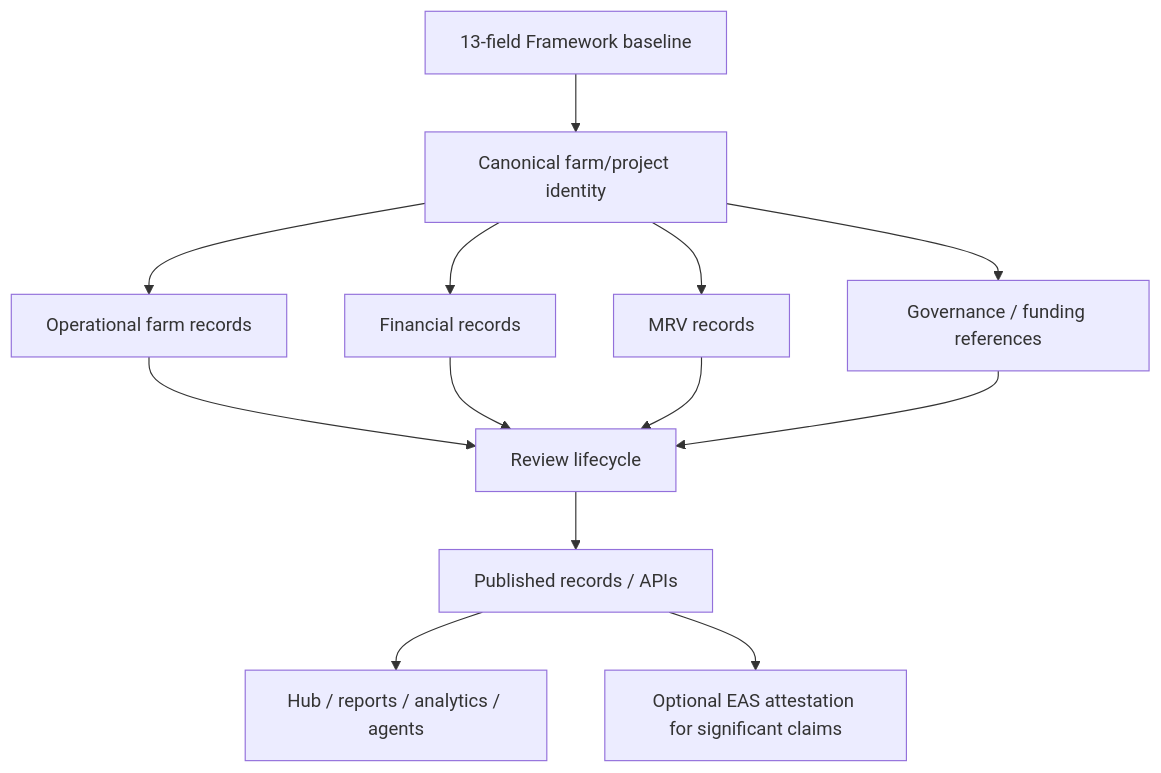
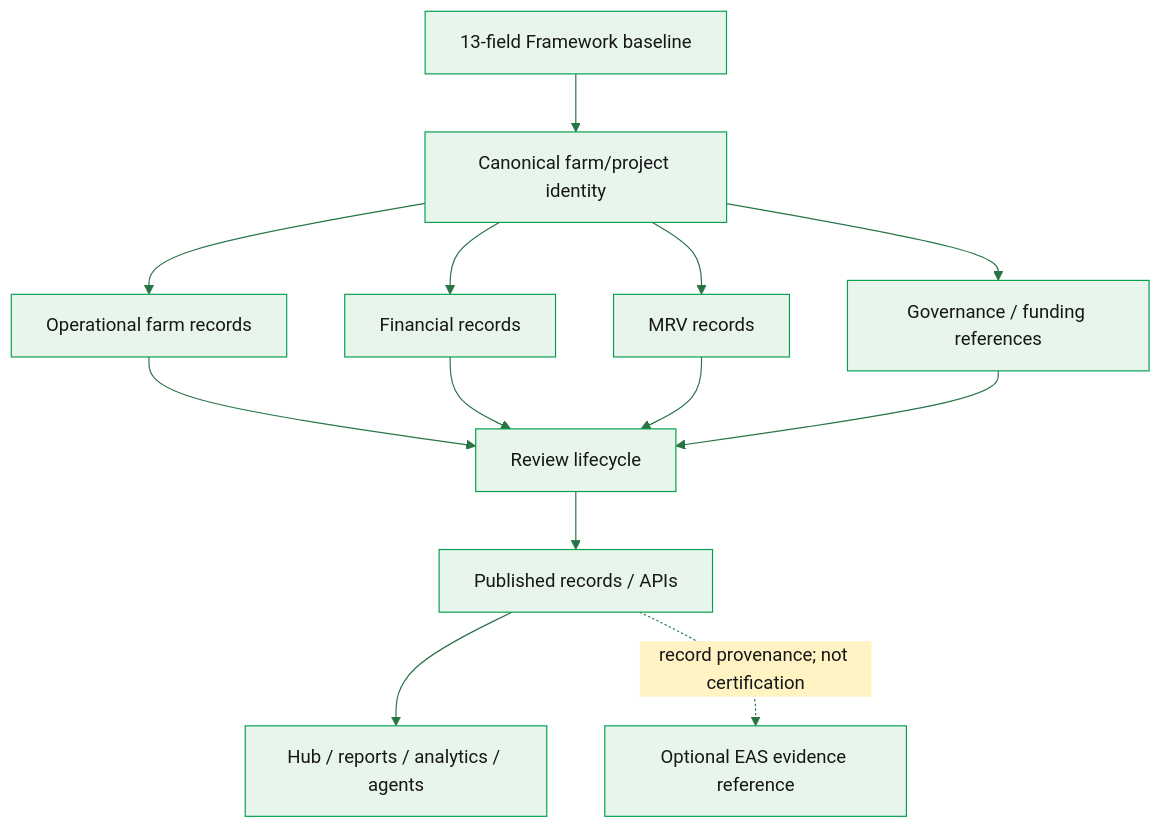
One commit to wasalo/Kokonut-Public-Site changed the second of 2 diagrams in kokonut-framework/framework-components/common-data-schema.mdx. Above: the diagram before and after it, drawn with Mermaid. The commit also changed other lines of this file and 9 other files, not shown here.

Commit message:
style(mermaid): refresh Framework phases, schema and evidence cycles; distinguish provenance from review

````diff
--- a/kokonut-framework/framework-components/common-data-schema.mdx
+++ b/kokonut-framework/framework-components/common-data-schema.mdx
@@ -573,17 +574,18 @@
 ```mermaid
+%%{init: {"theme":"base","themeVariables":{"primaryColor":"#e8f5ec","primaryTextColor":"#171717","primaryBorderColor":"#009F4D","secondaryColor":"#fff3c4","tertiaryColor":"#ffffff","lineColor":"#277445","fontFamily":"Inter, Arial, sans-serif"}}}%%
 flowchart TD
     A["13-field Framework baseline"] --> B["Canonical farm/project identity"]
     B --> C["Operational farm records"]
     B --> D["Financial records"]
     B --> E["MRV records"]
     B --> F["Governance / funding references"]
 
     C --> G["Review lifecycle"]
     D --> G
     E --> G
     F --> G
 
     G --> H["Published records / APIs"]
     H --> I["Hub / reports / analytics / agents"]
-    H --> J["Optional EAS attestation for significant claims"]
+    H -.->|"record provenance; not certification"| J["Optional EAS evidence reference"]
 ```
````
